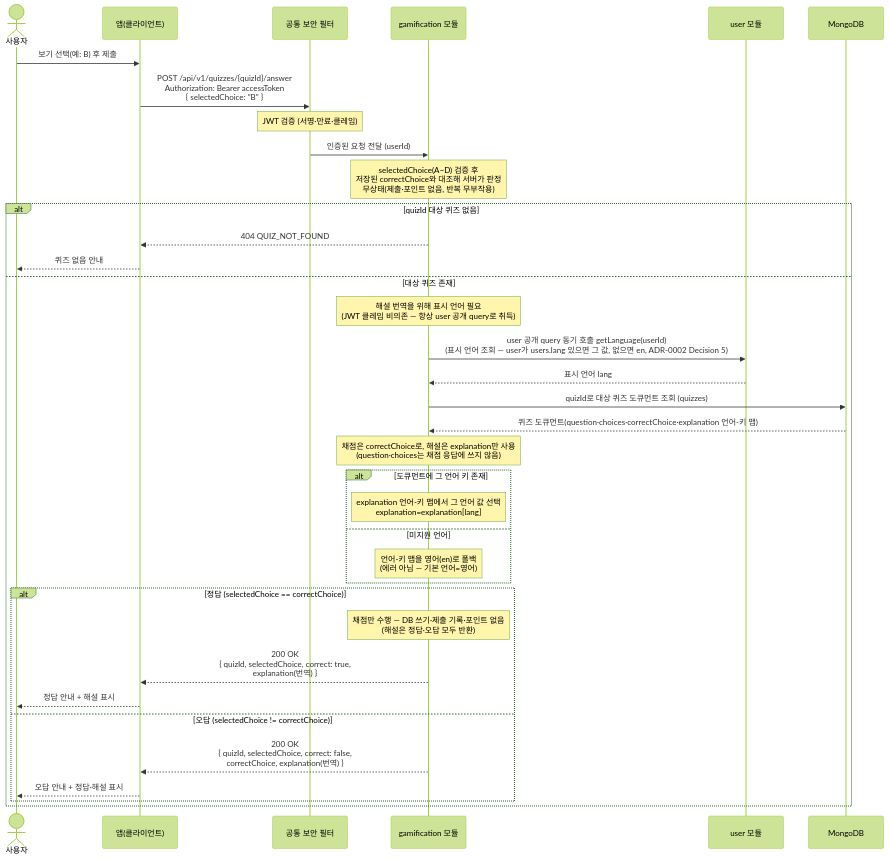
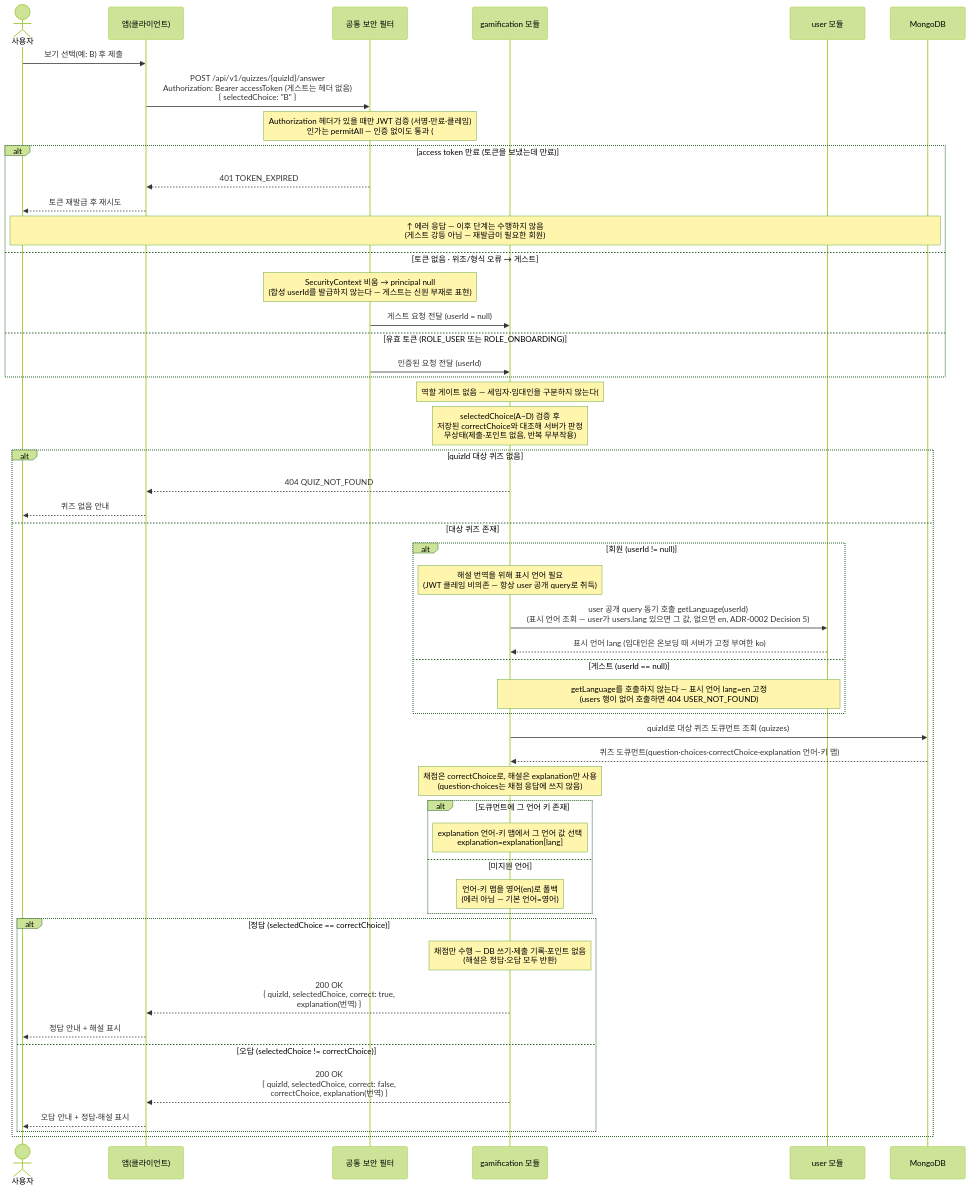
Before and after one commit to jameskim9509/Kohere-backend: the diagram in docs/architecture/sequence-diagrams/06-gamification/us-6-2-quiz-answer.md, drawn with Mermaid (forest theme). The commit also changed other lines of this file and 22 other files, not shown here.

````diff
--- a/docs/architecture/sequence-diagrams/06-gamification/us-6-2-quiz-answer.md
+++ b/docs/architecture/sequence-diagrams/06-gamification/us-6-2-quiz-answer.md
@@ -5,42 +5,58 @@
 ```mermaid
 sequenceDiagram
     actor U as 사용자
     participant C as 앱(클라이언트)
     participant SEC as 공통 보안 필터
     participant GAME as gamification 모듈
     participant USER as user 모듈
     participant DB as MongoDB
 
     U->>C: 보기 선택(예: B) 후 제출
-    C->>SEC: POST /api/v1/quizzes/{quizId}/answer<br/>Authorization: Bearer accessToken<br/>{ selectedChoice: "B" }
-    Note over SEC: JWT 검증 (서명·만료·클레임)
-    SEC->>GAME: 인증된 요청 전달 (userId)
+    C->>SEC: POST /api/v1/quizzes/{quizId}/answer<br/>Authorization: Bearer accessToken (게스트는 헤더 없음)<br/>{ selectedChoice: "B" }
+    Note over SEC: Authorization 헤더가 있을 때만 JWT 검증 (서명·만료·클레임)<br/>인가는 permitAll — 인증 없이도 통과 (#181)
+
+    alt access token 만료 (토큰을 보냈는데 만료)
+        SEC-->>C: 401 TOKEN_EXPIRED
+        C-->>U: 토큰 재발급 후 재시도
+        Note over U,DB: ↑ 에러 응답 — 이후 단계는 수행하지 않음<br/>(게스트 강등 아님 — 재발급이 필요한 회원)
+    else 토큰 없음 · 위조/형식 오류 → 게스트
+        Note over SEC: SecurityContext 비움 → principal null<br/>(합성 userId를 발급하지 않는다 — 게스트는 신원 부재로 표현)
+        SEC->>GAME: 게스트 요청 전달 (userId = null)
+    else 유효 토큰 (ROLE_USER 또는 ROLE_ONBOARDING)
+        SEC->>GAME: 인증된 요청 전달 (userId)
+    end
+
+    Note over GAME: 역할 게이트 없음 — 세입자·임대인을 구분하지 않는다(#181)<br/>getUserType을 호출하지 않으므로 403 FORBIDDEN 분기가 없다
     Note over GAME: selectedChoice(A~D) 검증 후<br/>저장된 correctChoice와 대조해 서버가 판정<br/>무상태(제출·포인트 없음, 반복 무부작용)
 
     alt quizId 대상 퀴즈 없음
         GAME-->>C: 404 QUIZ_NOT_FOUND
         C-->>U: 퀴즈 없음 안내
     else 대상 퀴즈 존재
-        Note over GAME: 해설 번역을 위해 표시 언어 필요<br/>(JWT 클레임 비의존 — 항상 user 공개 query로 취득)
-        GAME->>USER: user 공개 query 동기 호출 getLanguage(userId)<br/>(표시 언어 조회 — user가 users.lang 있으면 그 값, 없으면 en, ADR-0002 Decision 5)
-        USER-->>GAME: 표시 언어 lang
+        alt 회원 (userId != null)
+            Note over GAME: 해설 번역을 위해 표시 언어 필요<br/>(JWT 클레임 비의존 — 항상 user 공개 query로 취득)
+            GAME->>USER: user 공개 query 동기 호출 getLanguage(userId)<br/>(표시 언어 조회 — user가 users.lang 있으면 그 값, 없으면 en, ADR-0002 Decision 5)
+            USER-->>GAME: 표시 언어 lang (임대인은 온보딩 때 서버가 고정 부여한 ko)
+        else 게스트 (userId == null)
+            Note over GAME,USER: getLanguage를 호출하지 않는다 — 표시 언어 lang=en 고정<br/>(users 행이 없어 호출하면 404 USER_NOT_FOUND)
+        end
         GAME->>DB: quizId로 대상 퀴즈 도큐먼트 조회 (quizzes)
         DB-->>GAME: 퀴즈 도큐먼트(question·choices·correctChoice·explanation 언어-키 맵)
         Note over GAME: 채점은 correctChoice로, 해설은 explanation만 사용<br/>(question·choices는 채점 응답에 쓰지 않음)
 
         alt 도큐먼트에 그 언어 키 존재
             Note over GAME: explanation 언어-키 맵에서 그 언어 값 선택<br/>explanation=explanation[lang]
         else 미지원 언어
             Note over GAME: 언어-키 맵을 영어(en)로 폴백<br/>(에러 아님 — 기본 언어=영어)
         end
 
         alt 정답 (selectedChoice == correctChoice)
             Note over GAME: 채점만 수행 — DB 쓰기·제출 기록·포인트 없음<br/>(해설은 정답·오답 모두 반환)
             GAME-->>C: 200 OK<br/>{ quizId, selectedChoice, correct: true,<br/>explanation(번역) }
             C-->>U: 정답 안내 + 해설 표시
         else 오답 (selectedChoice != correctChoice)
             GAME-->>C: 200 OK<br/>{ quizId, selectedChoice, correct: false,<br/>correctChoice, explanation(번역) }
             C-->>U: 오답 안내 + 정답·해설 표시
         end
     end
 ```
````
